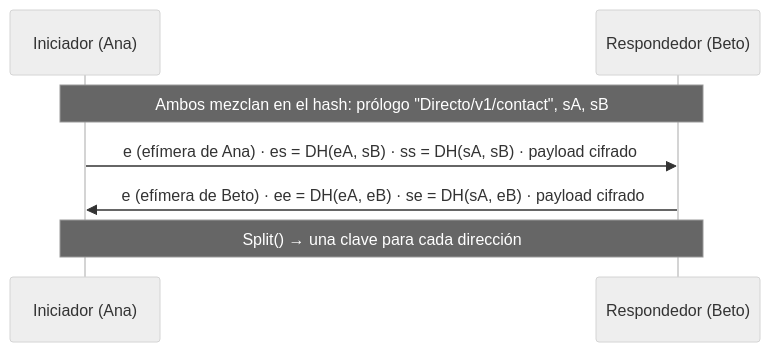
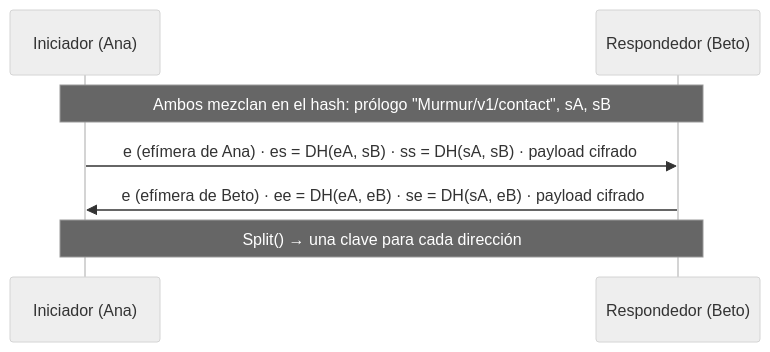
Before and after one commit to fsoftt/Murmur: the first of 2 diagrams in website/concepts/noise.md, drawn with Mermaid (neutral theme). The commit also changed other lines of this file and 379 other files, not shown here.

````diff
--- a/website/concepts/noise.md
+++ b/website/concepts/noise.md
@@ -29,9 +29,9 @@
 ```mermaid
 sequenceDiagram
     participant A as Iniciador (Ana)
     participant B as Respondedor (Beto)
-    Note over A,B: Ambos mezclan en el hash: prólogo "Directo/v1/contact", sA, sB
+    Note over A,B: Ambos mezclan en el hash: prólogo "Murmur/v1/contact", sA, sB
     A->>B: e (efímera de Ana) · es = DH(eA, sB) · ss = DH(sA, sB) · payload cifrado
     B->>A: e (efímera de Beto) · ee = DH(eA, eB) · se = DH(sA, eB) · payload cifrado
     Note over A,B: Split() → una clave para cada dirección
 ```
````
